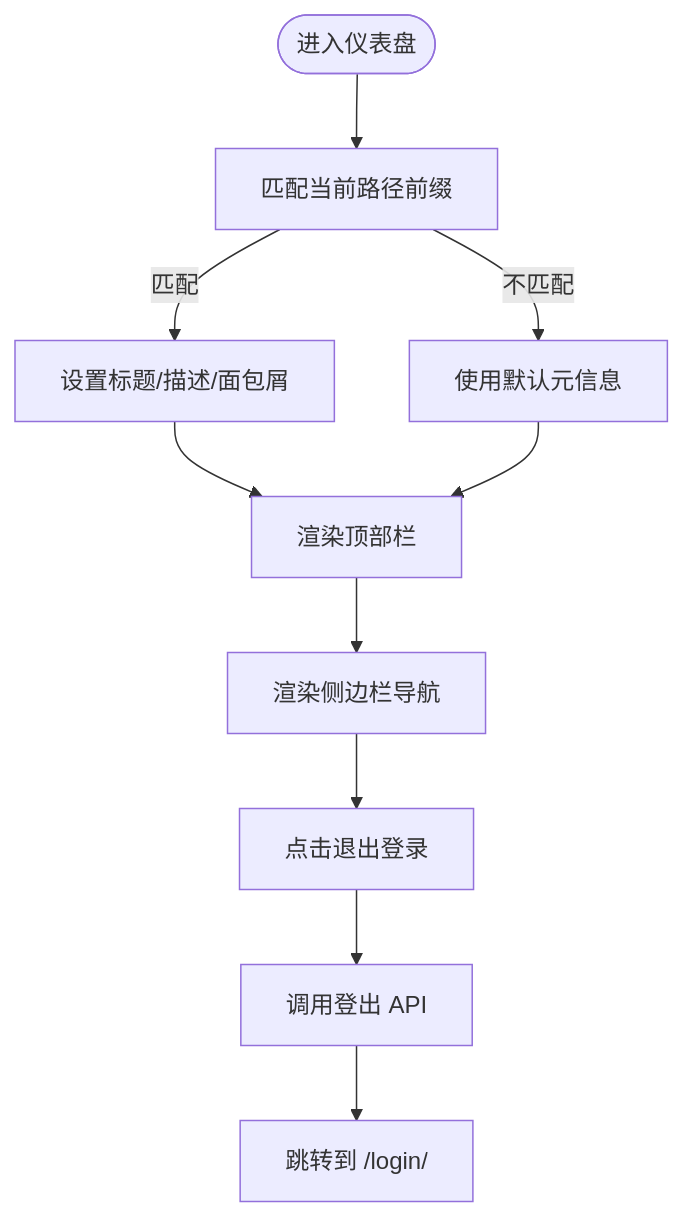
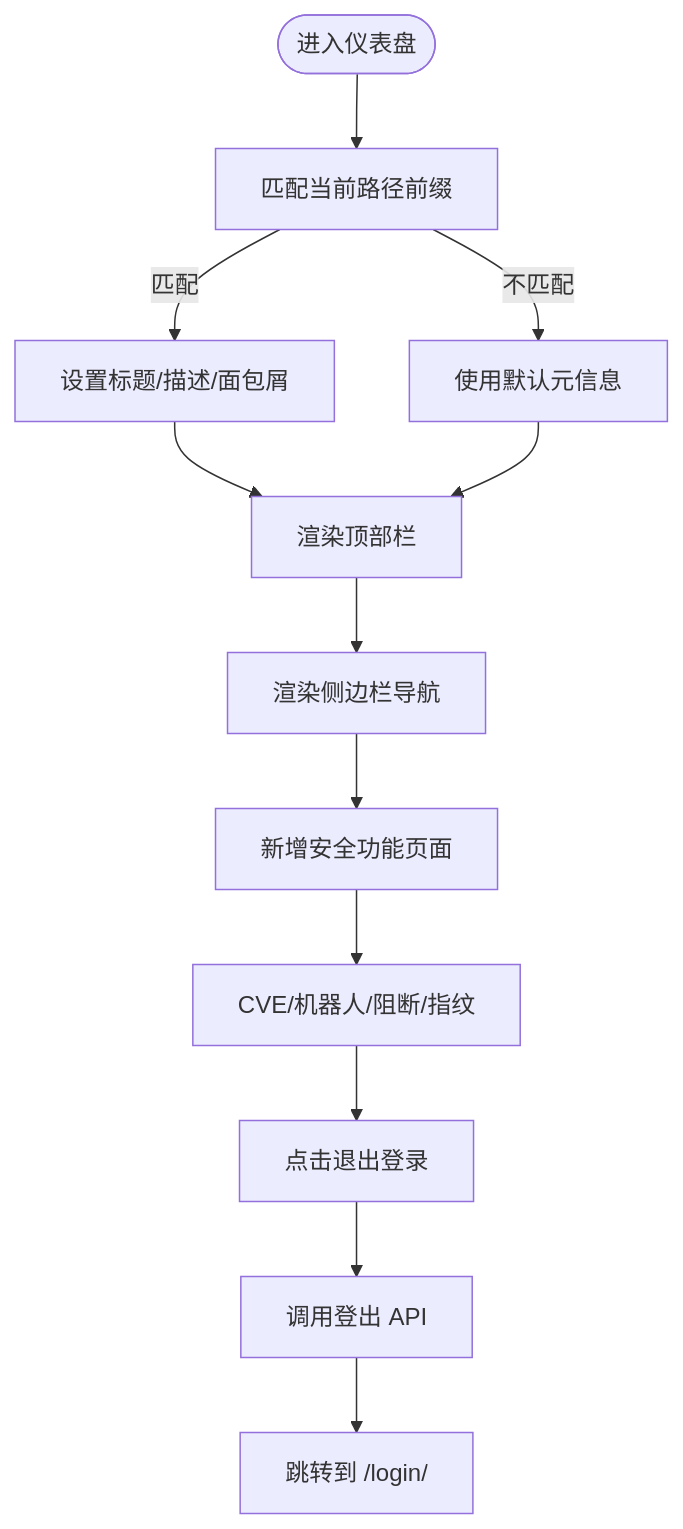
Before and after one commit to x01n/My-OpenWaf: the fifth of 14 diagrams in docs/前端管理界面/前端管理界面.md, drawn with Mermaid. The commit also changed other lines of this file and 51 other files, not shown here.

````diff
--- a/docs/前端管理界面/前端管理界面.md
+++ b/docs/前端管理界面/前端管理界面.md
@@ -224,12 +296,14 @@
 ```mermaid
 flowchart TD
 Start(["进入仪表盘"]) --> CheckPath["匹配当前路径前缀"]
 CheckPath --> |匹配| SetMeta["设置标题/描述/面包屑"]
 CheckPath --> |不匹配| DefaultMeta["使用默认元信息"]
 SetMeta --> RenderTopbar["渲染顶部栏"]
 DefaultMeta --> RenderTopbar
 RenderTopbar --> RenderSidebar["渲染侧边栏导航"]
-RenderSidebar --> Logout["点击退出登录"]
+RenderSidebar --> NewFeatures["新增安全功能页面"]
+NewFeatures --> NavItems["CVE/机器人/阻断/指纹"]
+NavItems --> Logout["点击退出登录"]
 Logout --> CallLogout["调用登出 API"]
 CallLogout --> Redirect["跳转到 /login/"]
 ```
````
